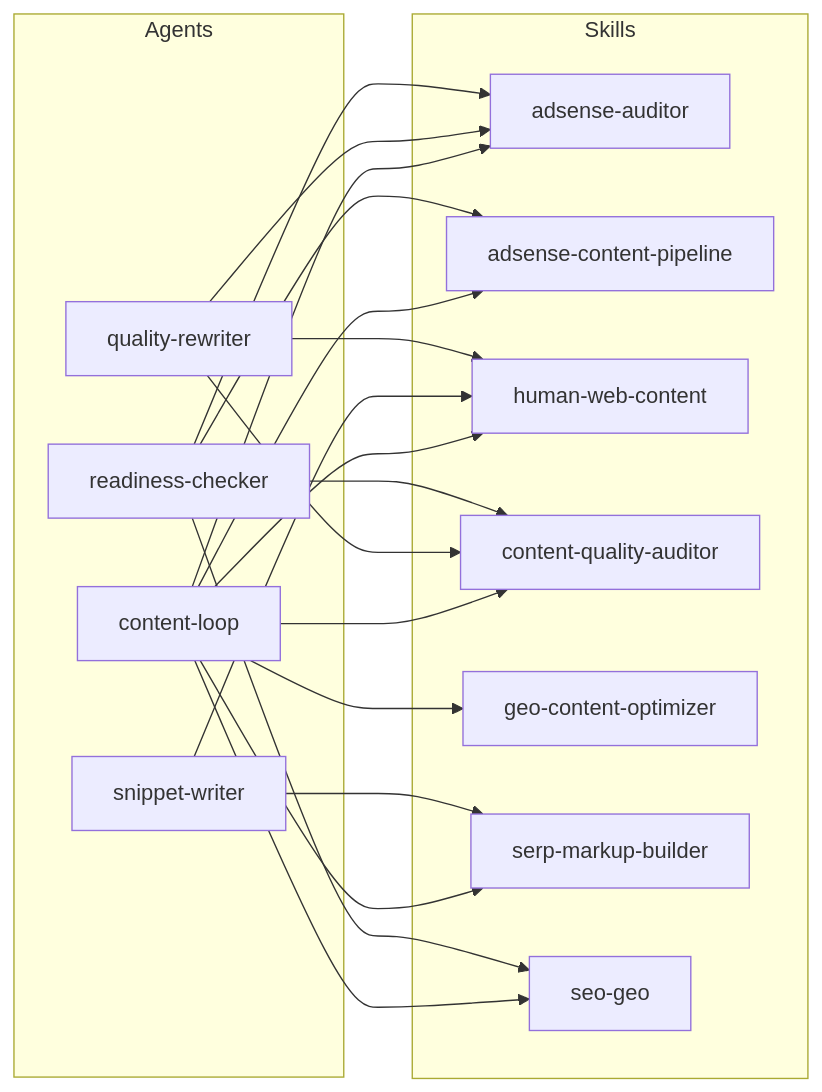
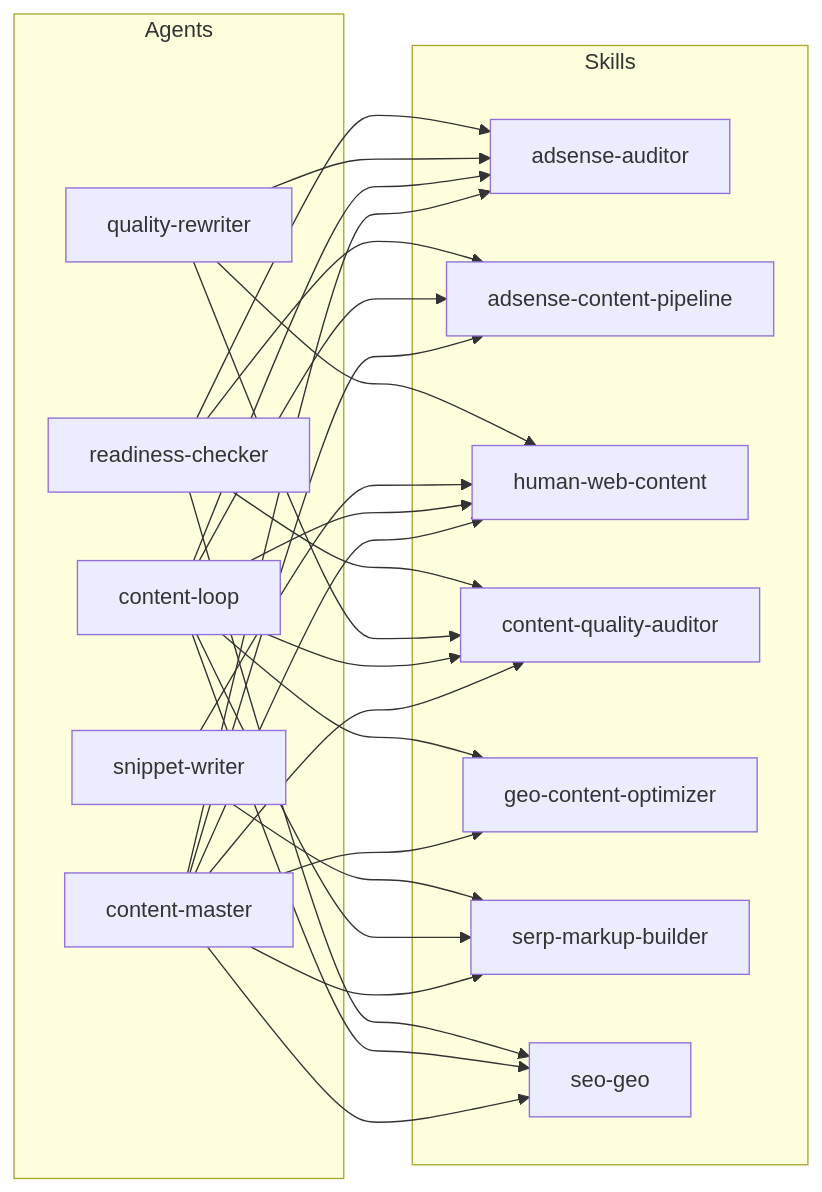
One commit to Maulik-008/seo-geo-adsense-skills changed the eighth of 9 diagrams in AGENT-FLOWS.md. Above: the diagram before and after it, drawn with Mermaid. The commit also changed other lines of this file and 4 other files, not shown here.

````diff
--- a/AGENT-FLOWS.md
+++ b/AGENT-FLOWS.md
@@ -244,22 +295,24 @@
 ```mermaid
 flowchart LR
     subgraph AGENTS["Agents"]
         RC["readiness-checker"]
         QR["quality-rewriter"]
         SW["snippet-writer"]
         CL["content-loop"]
+        CM["content-master"]
     end
     subgraph SKILLS["Skills"]
         AA["adsense-auditor"]
         PL["adsense-content-pipeline"]
         HW["human-web-content"]
         CQ["content-quality-auditor"]
         GO["geo-content-optimizer"]
         SM["serp-markup-builder"]
         SG["seo-geo"]
     end
     RC --> AA & PL & CQ & SG
     QR --> HW & CQ & AA
     SW --> SM & HW
     CL --> PL & SG & HW & CQ & AA & GO & SM
+    CM --> PL & SG & HW & CQ & AA & GO & SM
 ```
````
